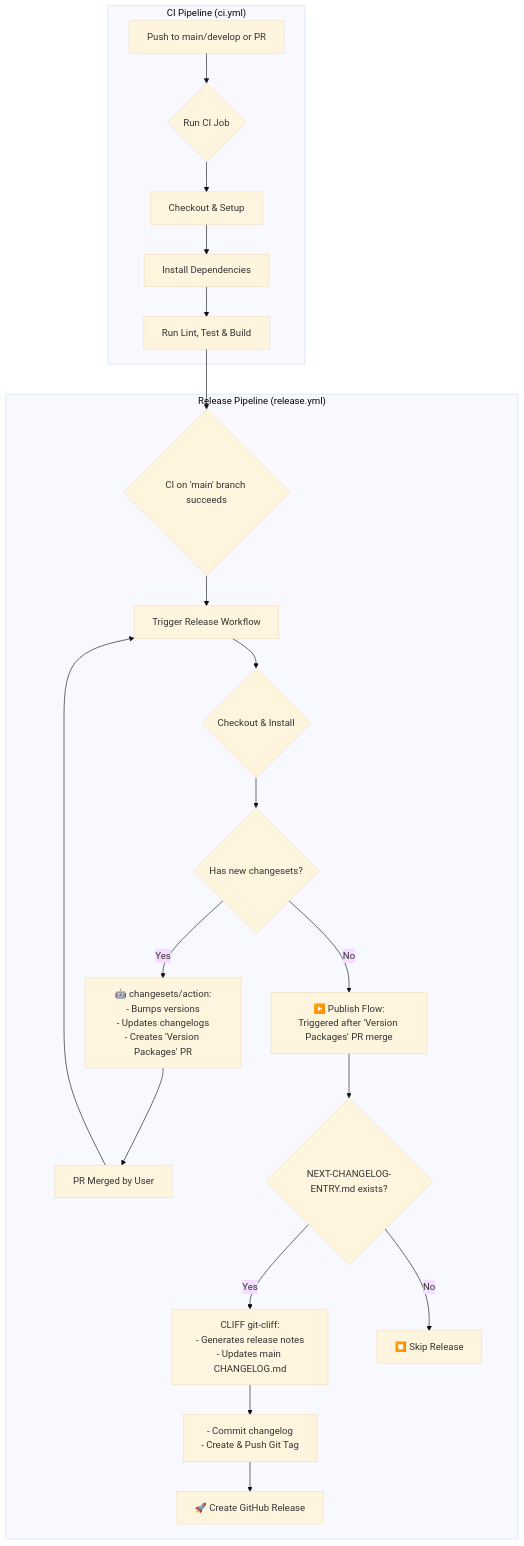
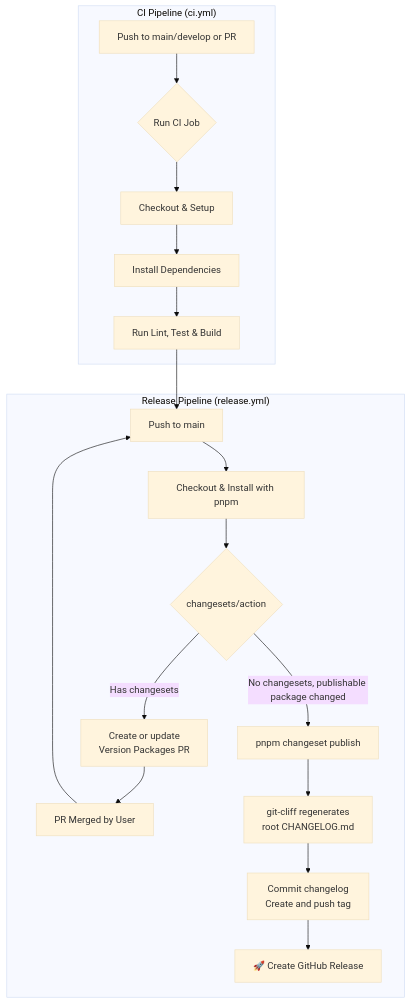
One commit to ClinWise/release-scribe changed the diagram in README.md. Above: the diagram before and after it, drawn with Mermaid (base theme). The commit also changed other lines of this file and 14 other files, not shown here.

First line of the commit message:
feat: migrate release automation workflow to pnpm (#12)

````diff
--- a/README.md
+++ b/README.md
@@ -47,27 +76,24 @@
 ```mermaid
 graph TD
     subgraph "CI Pipeline (ci.yml)"
         A[Push to main/develop or PR] --> B{Run CI Job};
         B --> C[Checkout & Setup];
         C --> D[Install Dependencies];
         D --> E[Run Lint, Test & Build];
     end
 
     subgraph "Release Pipeline (release.yml)"
-        F{CI on 'main' branch succeeds} --> G[Trigger Release Workflow];
-        G --> H{Checkout & Install};
-        H --> I{Has new changesets?};
-        I -- Yes --> J["🤖 changesets/action:<br/>- Bumps versions<br/>- Updates changelogs<br/>- Creates 'Version Packages' PR"];
-        J --> K[PR Merged by User];
+        F[Push to main] --> G[Checkout & Install with pnpm];
+        G --> H{changesets/action};
+        H -- Has changesets --> I["Create or update<br/>Version Packages PR"];
+        I --> J[PR Merged by User];
 
-        I -- No --> L["▶️ Publish Flow:<br/>Triggered after 'Version Packages' PR merge"];
-        L --> M{NEXT-CHANGELOG-ENTRY.md exists?};
-        M -- Yes --> N["CLIFF git-cliff:<br/>- Generates release notes<br/>- Updates main CHANGELOG.md"];
-        N --> O["- Commit changelog<br/>- Create & Push Git Tag"];
-        O --> P[🚀 Create GitHub Release];
-        M -- No --> Q[⏹️ Skip Release];
+        H -- No changesets, publishable package changed --> K["pnpm changeset publish"];
+        K --> L["git-cliff regenerates<br/>root CHANGELOG.md"];
+        L --> M["Commit changelog<br/>Create and push tag"];
+        M --> N[🚀 Create GitHub Release];
     end
 
     E --> F;
-    K --> G;
+    J --> F;
 ```
````
